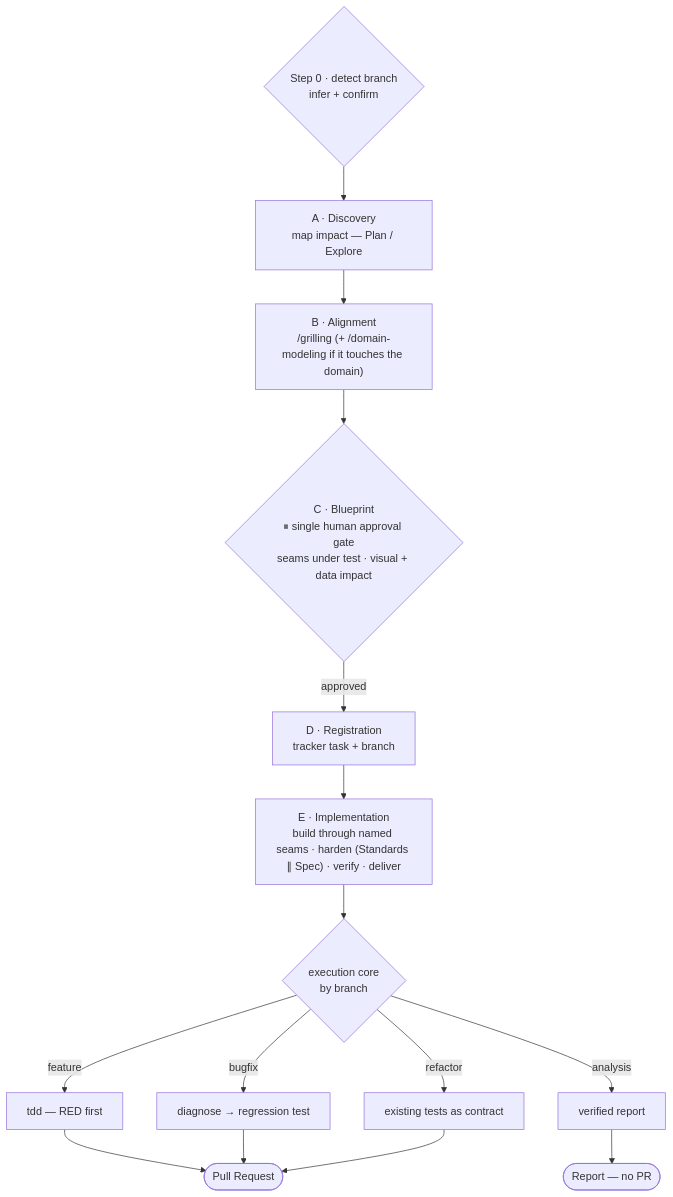
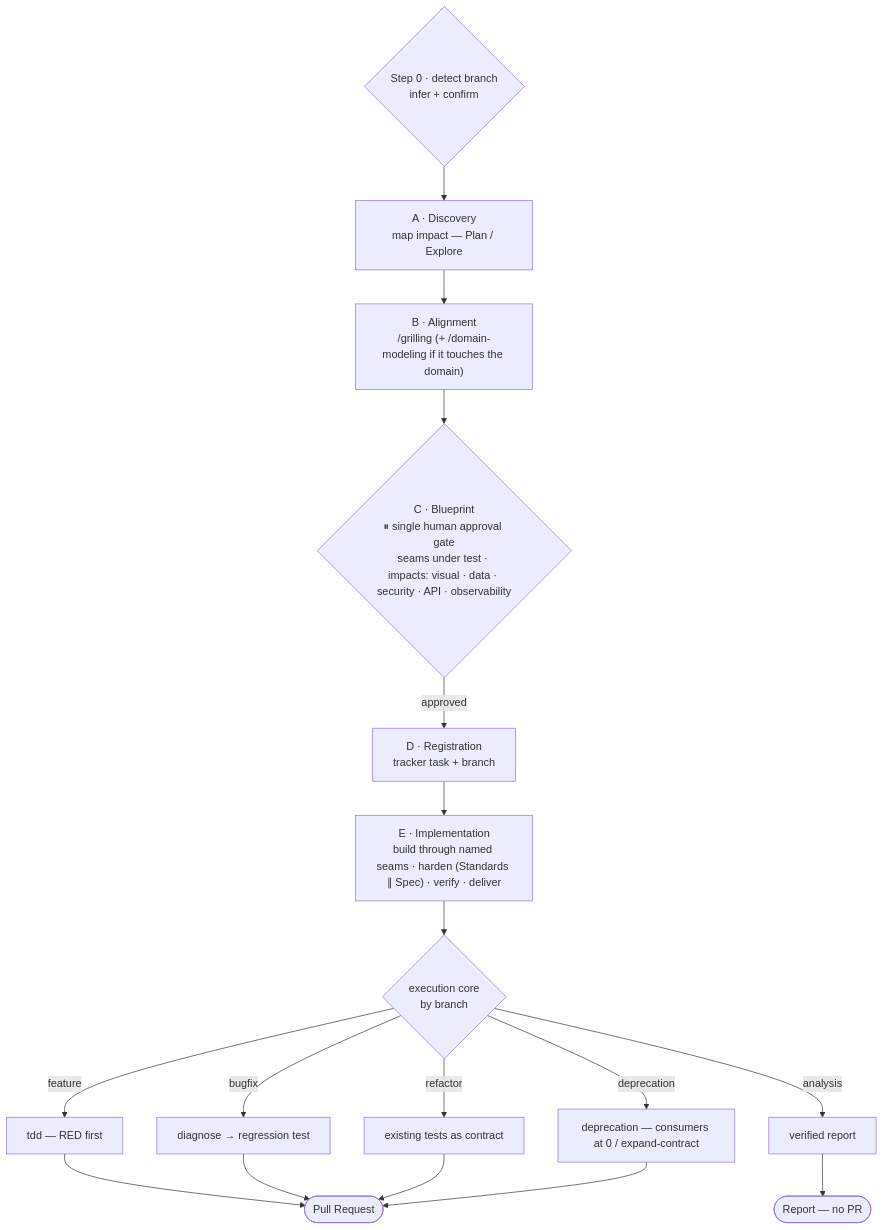
Before and after one commit to pabloleonalcaide/development-skills: the diagram in README.md, drawn with Mermaid. The commit also changed other lines of this file and 2 other files, not shown here.

Commit message:
docs: list new skills and deprecation branch, credit addyosmani/agent-skills

````diff
--- a/README.md
+++ b/README.md
@@ -13,18 +13,20 @@
 ```mermaid
 flowchart TD
     S0{"Step 0 · detect branch<br/>infer + confirm"}
     S0 --> A["A · Discovery<br/>map impact — Plan / Explore"]
     A --> B["B · Alignment<br/>/grilling (+ /domain-modeling if it touches the domain)"]
-    B --> C{"C · Blueprint<br/>⏸ single human approval gate<br/>seams under test · visual + data impact"}
+    B --> C{"C · Blueprint<br/>⏸ single human approval gate<br/>seams under test · impacts: visual · data · security · API · observability"}
     C -->|approved| D["D · Registration<br/>tracker task + branch"]
     D --> E["E · Implementation<br/>build through named seams · harden (Standards ∥ Spec) · verify · deliver"]
     E --> K{"execution core<br/>by branch"}
     K -->|feature| F["tdd — RED first"]
     K -->|bugfix| G["diagnose → regression test"]
     K -->|refactor| H["existing tests as contract"]
+    K -->|deprecation| J["deprecation — consumers at 0 / expand-contract"]
     K -->|analysis| I["verified report"]
     F --> PR([Pull Request])
     G --> PR
     H --> PR
+    J --> PR
     I --> REP([Report — no PR])
 ```
````
